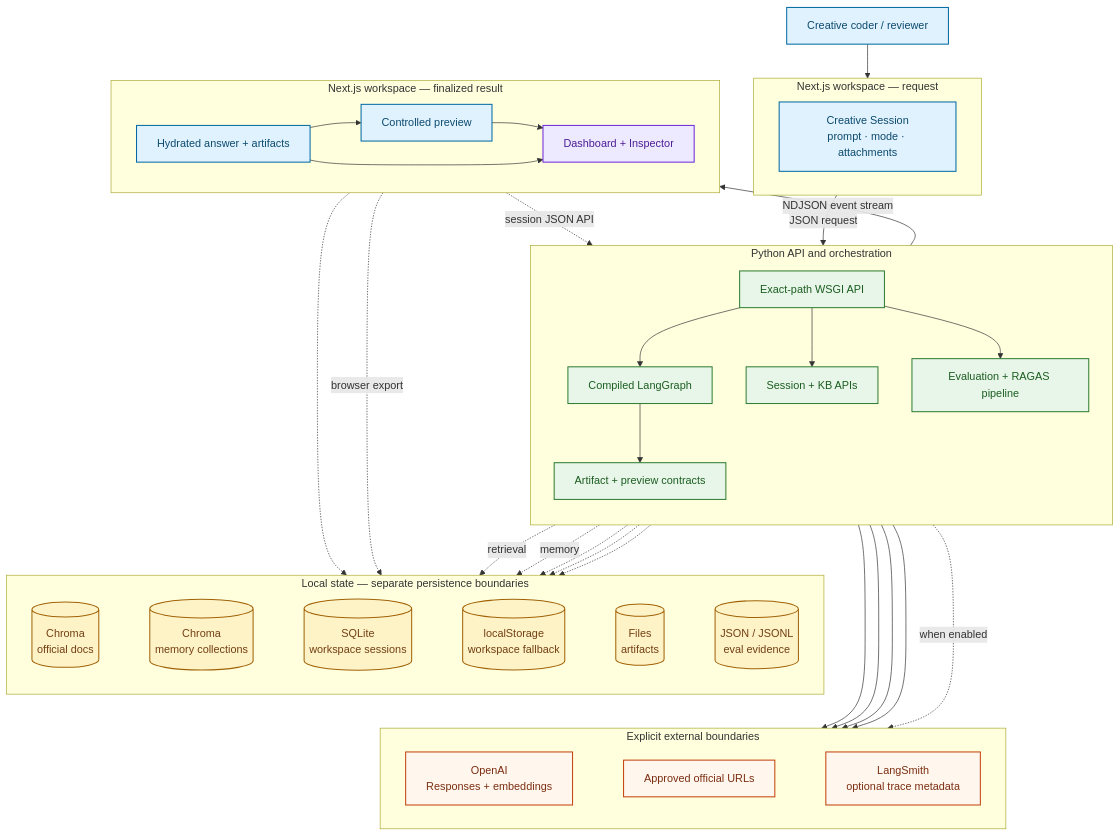
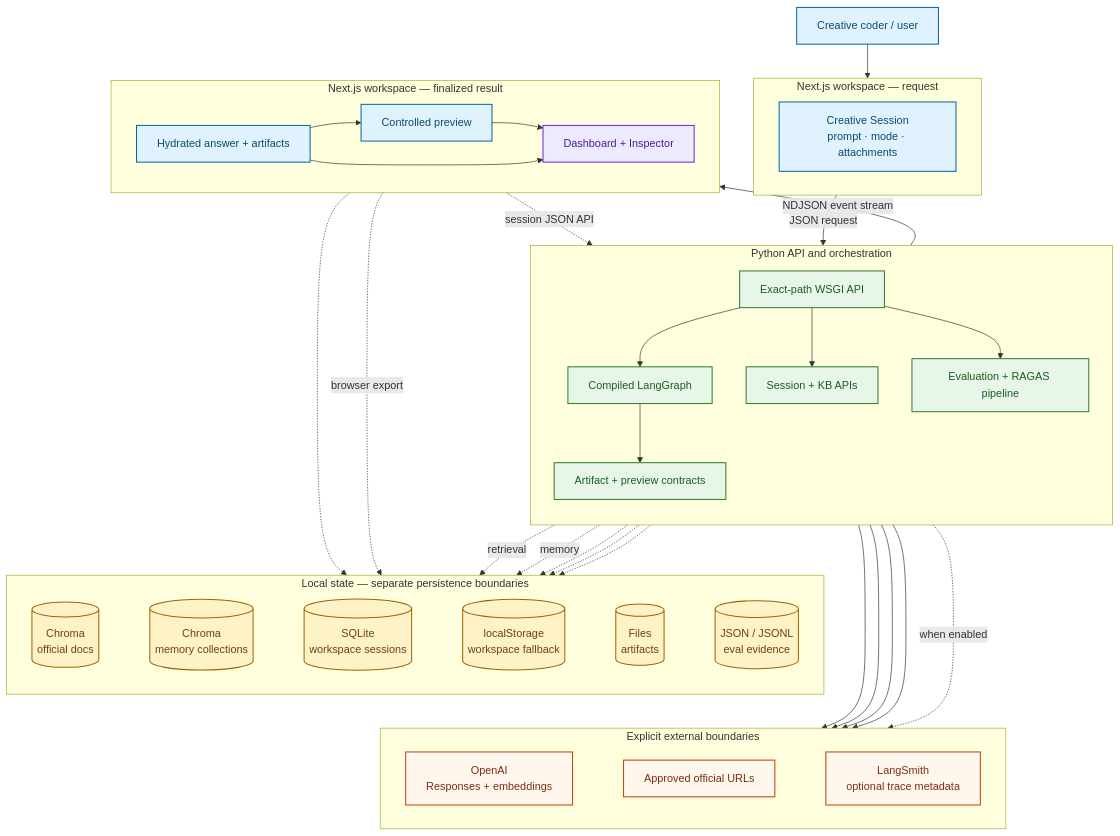
Before and after one commit to lmguerrini/creative-coding-assistant: the diagram in architecture/system_architecture_overview.md, drawn with Mermaid. The commit also changed other lines of this file and 88 other files, not shown here.

````diff
--- a/architecture/system_architecture_overview.md
+++ b/architecture/system_architecture_overview.md
@@ -10,80 +11,80 @@
 ```mermaid
 flowchart TB
     classDef client fill:#E0F2FE,stroke:#0369A1,color:#0C4A6E,stroke-width:1.5px
     classDef runtime fill:#E8F5E9,stroke:#2E7D32,color:#1B5E20,stroke-width:1.5px
     classDef store fill:#FEF3C7,stroke:#A16207,color:#713F12,stroke-width:1.5px
     classDef external fill:#FFF7ED,stroke:#C2410C,color:#7C2D12,stroke-width:1.5px
     classDef evidence fill:#EDE9FE,stroke:#6D28D9,color:#4C1D95,stroke-width:1.5px
 
-    user["Creative coder / reviewer"]:::client
+    user["Creative coder / user"]:::client
 
     subgraph request["Next.js workspace — request"]
         direction LR
         composer["Creative Session<br/>prompt · mode · attachments"]:::client
     end
 
     subgraph backend["Python API and orchestration"]
         direction TB
         api["Exact-path WSGI API"]:::runtime
         workflow["Compiled LangGraph"]:::runtime
         artifact["Artifact + preview contracts"]:::runtime
         services["Session + KB APIs"]:::runtime
         evaluation["Evaluation + RAGAS pipeline"]:::runtime
 
         api --> workflow --> artifact
         api --> services
         api --> evaluation
     end
 
     subgraph result["Next.js workspace — finalized result"]
         direction LR
         hydrate["Hydrated answer + artifacts"]:::client
         preview["Controlled preview"]:::client
         surfaces["Dashboard + Inspector"]:::evidence
 
         hydrate --> preview --> surfaces
         hydrate --> surfaces
     end
 
     subgraph state["Local state — separate persistence boundaries"]
         direction LR
         official_chroma[("Chroma<br/>official docs")]:::store
         memory_chroma[("Chroma<br/>memory collections")]:::store
         sqlite[("SQLite<br/>workspace sessions")]:::store
         browser_cache[("localStorage<br/>workspace fallback")]:::store
         artifact_files[("Files<br/>artifacts")]:::store
         eval_files[("JSON / JSONL<br/>eval evidence")]:::store
 
         official_chroma ~~~ memory_chroma ~~~ sqlite ~~~ browser_cache ~~~ artifact_files ~~~ eval_files
     end
 
     subgraph providers["Explicit external boundaries"]
         direction LR
         openai["OpenAI<br/>Responses + embeddings"]:::external
         official["Approved official URLs"]:::external
         langsmith["LangSmith<br/>optional trace metadata"]:::external
 
         openai ~~~ official ~~~ langsmith
     end
 
     user --> composer
     composer -->|"JSON request"| api
     api -->|"NDJSON event stream"| hydrate
 
     workflow -. "retrieval" .-> official_chroma
     workflow -. "memory" .-> memory_chroma
     services -.-> official_chroma
     services -.-> sqlite
     hydrate -. "session JSON API" .-> api
     hydrate -.-> browser_cache
     hydrate -. "browser export" .-> artifact_files
     evaluation -.-> eval_files
 
     workflow --> openai
     services --> openai
     services --> official
     evaluation --> openai
     workflow -. "when enabled" .-> langsmith
 
     eval_files ~~~ openai
 ```
````
